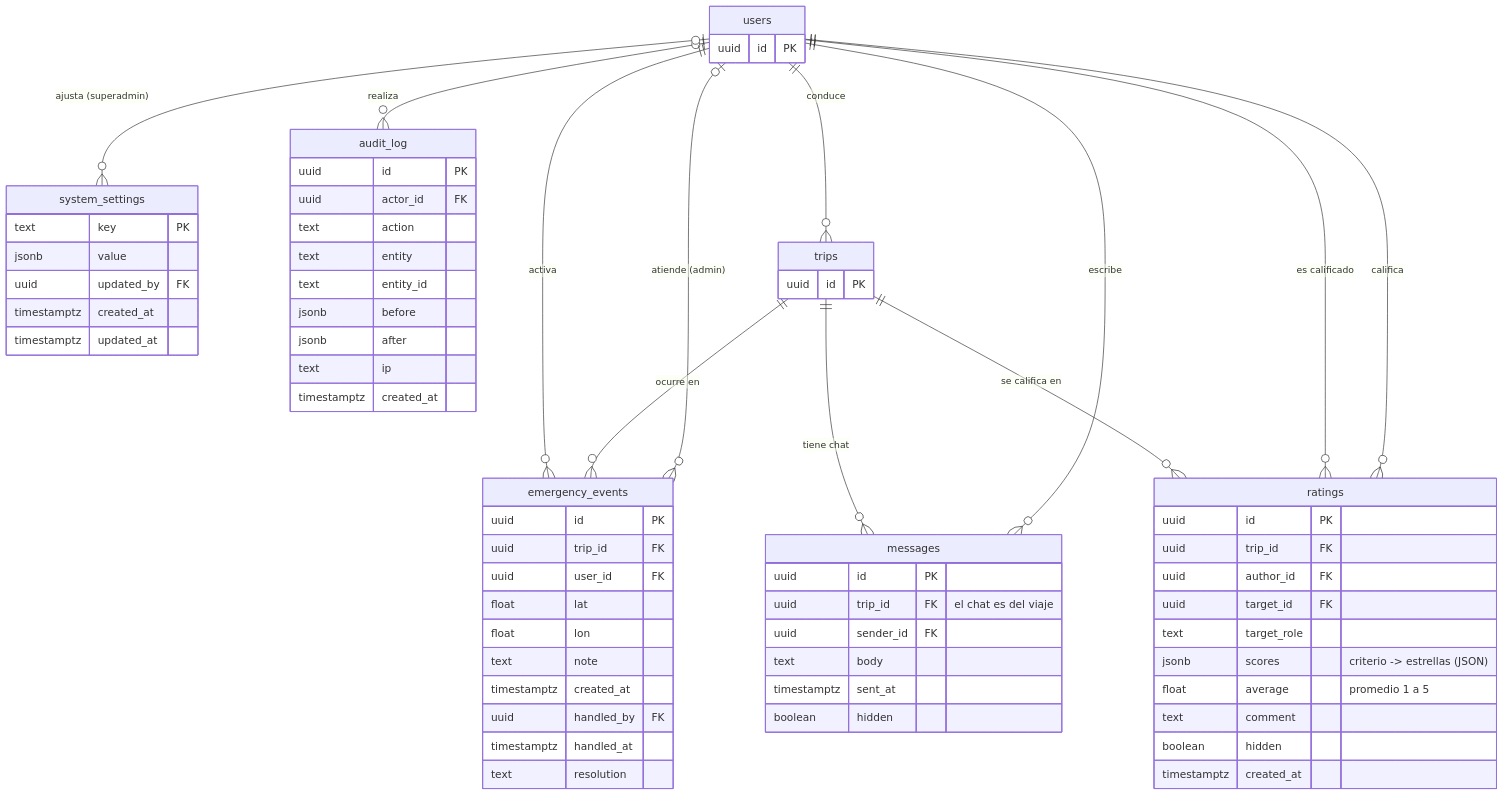
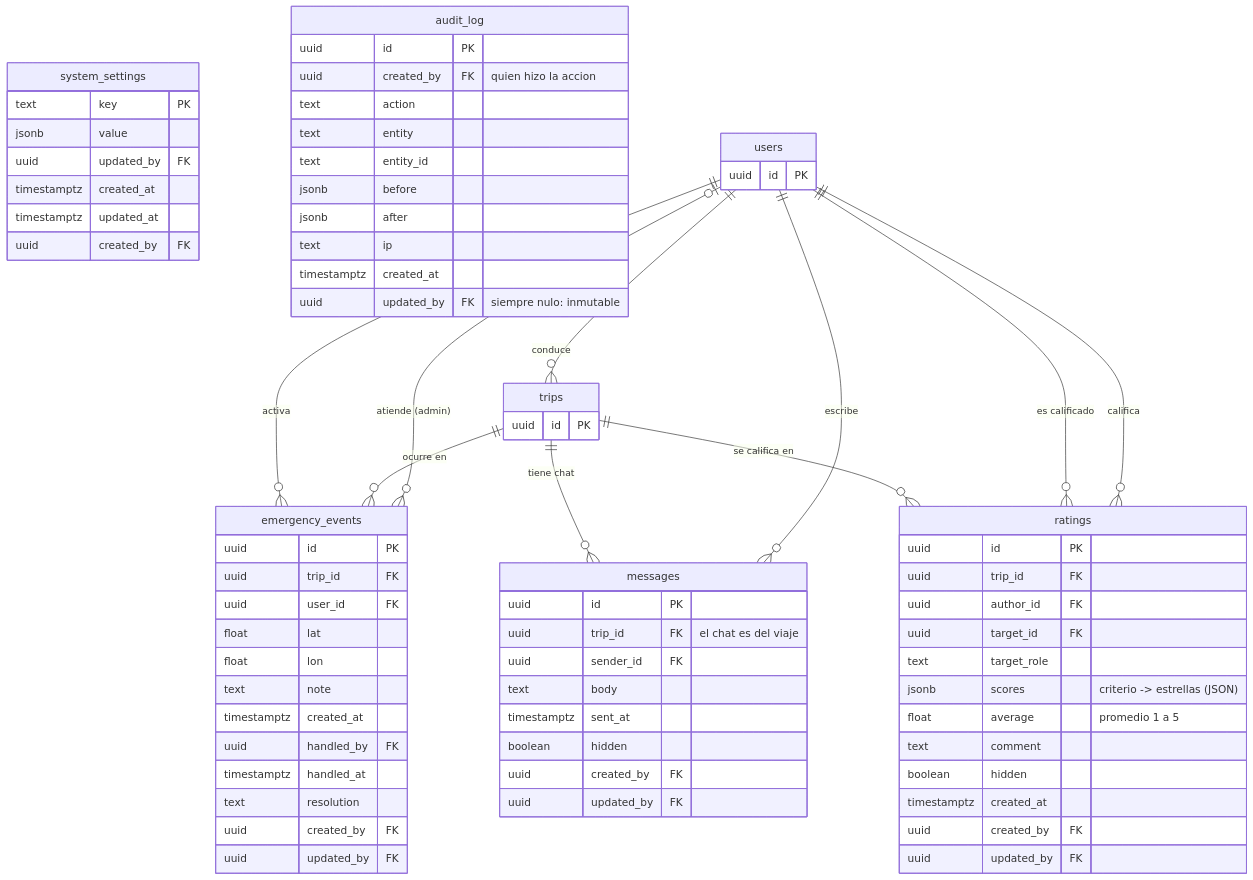
The fifth of 5 diagrams in docs/DIAGRAMA_ER.md (Daniel-Pinzon-Up/carpool-up), drawn with Mermaid before and after one commit. The commit also changed other lines of this file and 6 other files, not shown here.

Commit message:
docs: describe the authorship columns in the ER diagram and decisions

````diff
--- a/docs/DIAGRAMA_ER.md
+++ b/docs/DIAGRAMA_ER.md
@@ -551,70 +606,76 @@
 ```mermaid
 erDiagram
   ratings {
     uuid id PK
     uuid trip_id FK
     uuid author_id FK
     uuid target_id FK
     text target_role
     jsonb scores "criterio -> estrellas (JSON)"
     float average "promedio 1 a 5"
     text comment
     boolean hidden
     timestamptz created_at
+    uuid created_by FK
+    uuid updated_by FK
   }
   messages {
     uuid id PK
     uuid trip_id FK "el chat es del viaje"
     uuid sender_id FK
     text body
     timestamptz sent_at
     boolean hidden
+    uuid created_by FK
+    uuid updated_by FK
   }
   emergency_events {
     uuid id PK
     uuid trip_id FK
     uuid user_id FK
     float lat
     float lon
     text note
     timestamptz created_at
     uuid handled_by FK
     timestamptz handled_at
     text resolution
+    uuid created_by FK
+    uuid updated_by FK
   }
   system_settings {
     text key PK
     jsonb value
     uuid updated_by FK
     timestamptz created_at
     timestamptz updated_at
+    uuid created_by FK
   }
   audit_log {
     uuid id PK
-    uuid actor_id FK
+    uuid created_by FK "quien hizo la accion"
     text action
     text entity
     text entity_id
     jsonb before
     jsonb after
     text ip
     timestamptz created_at
+    uuid updated_by FK "siempre nulo: inmutable"
   }
   users {
     uuid id PK
   }
   trips {
     uuid id PK
   }
-  users |o--o{ audit_log : "realiza"
   users |o--o{ emergency_events : "atiende (admin)"
   trips ||--o{ emergency_events : "ocurre en"
   users ||--o{ emergency_events : "activa"
   users ||--o{ messages : "escribe"
   trips ||--o{ messages : "tiene chat"
   users ||--o{ ratings : "califica"
   users ||--o{ ratings : "es calificado"
   trips ||--o{ ratings : "se califica en"
-  users |o--o{ system_settings : "ajusta (superadmin)"
   users ||--o{ trips : "conduce"
 ```
````
